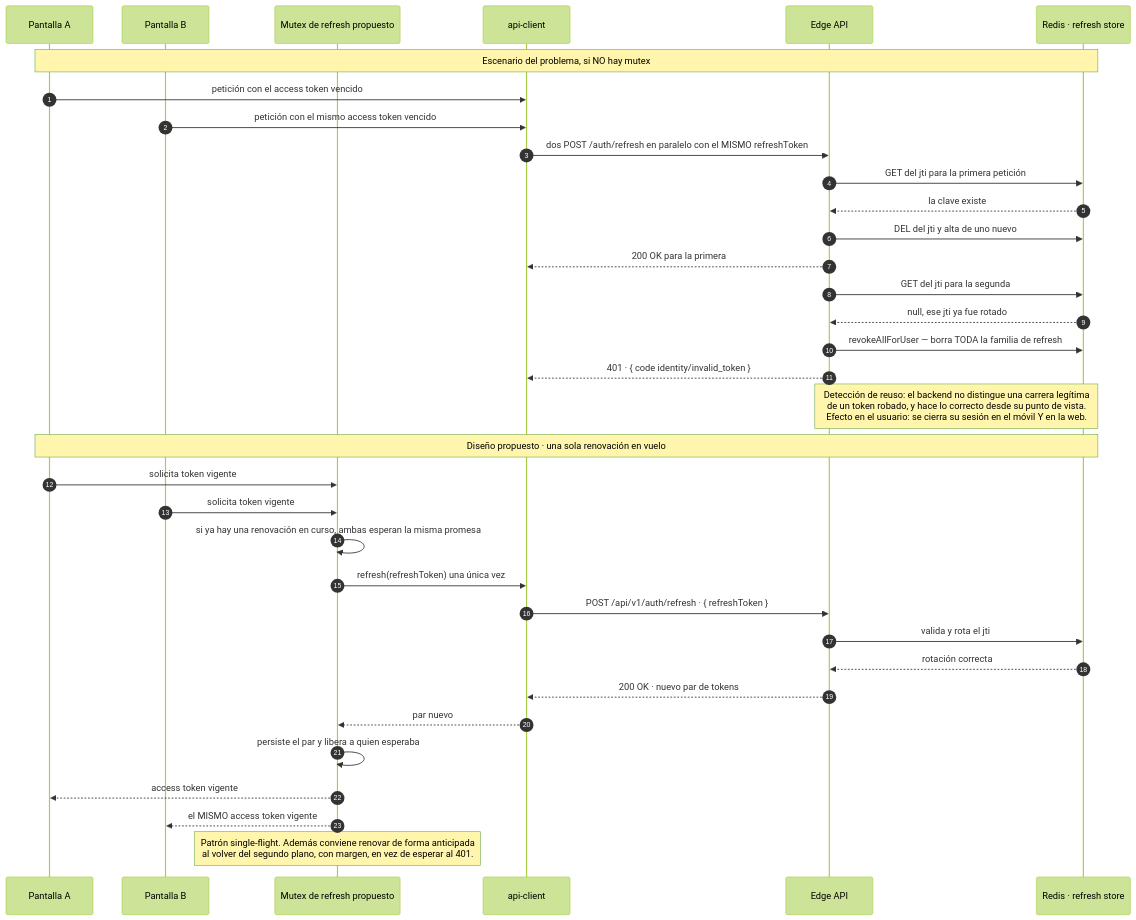
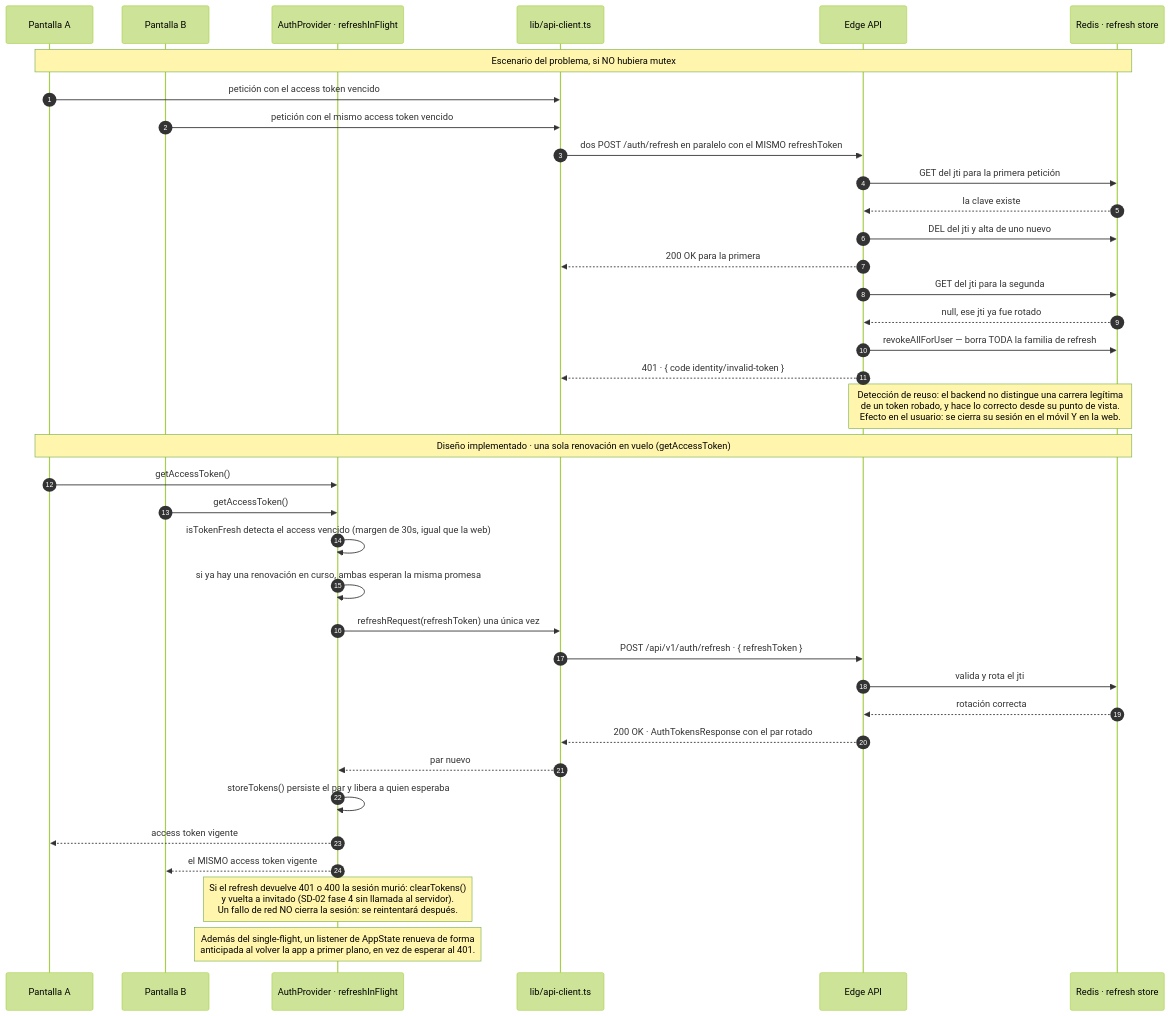
Before and after one commit to jwilsonar/urnight_mvp: the third of 7 diagrams in docs/diagramas-secuencia/90-canales-moviles.md, drawn with Mermaid (forest theme). The commit also changed other lines of this file and 1 other file, not shown here.

First line of the commit message:
docs(diagramas): SD-02 y SD-03 pasan a AS-IS en el canal móvil

````diff
--- a/docs/diagramas-secuencia/90-canales-moviles.md
+++ b/docs/diagramas-secuencia/90-canales-moviles.md
@@ -287,39 +297,41 @@
 ```mermaid
 sequenceDiagram
     autonumber
     participant P1 as Pantalla A
     participant P2 as Pantalla B
-    participant MTX as Mutex de refresh propuesto
-    participant API as api-client
+    participant MTX as AuthProvider · refreshInFlight
+    participant API as lib/api-client.ts
     participant EDGE as Edge API
     participant RS as Redis · refresh store
 
-    note over P1, RS: Escenario del problema, si NO hay mutex
+    note over P1, RS: Escenario del problema, si NO hubiera mutex
     P1->>API: petición con el access token vencido
     P2->>API: petición con el mismo access token vencido
     API->>EDGE: dos POST /auth/refresh en paralelo con el MISMO refreshToken
     EDGE->>RS: GET del jti para la primera petición
     RS-->>EDGE: la clave existe
     EDGE->>RS: DEL del jti y alta de uno nuevo
     EDGE-->>API: 200 OK para la primera
     EDGE->>RS: GET del jti para la segunda
     RS-->>EDGE: null, ese jti ya fue rotado
     EDGE->>RS: revokeAllForUser — borra TODA la familia de refresh
-    EDGE-->>API: 401 · { code identity/invalid_token }
+    EDGE-->>API: 401 · { code identity/invalid-token }
     note over EDGE, RS: Detección de reuso: el backend no distingue una carrera legítima<br/>de un token robado, y hace lo correcto desde su punto de vista.<br/>Efecto en el usuario: se cierra su sesión en el móvil Y en la web.
 
-    note over P1, RS: Diseño propuesto · una sola renovación en vuelo
-    P1->>MTX: solicita token vigente
-    P2->>MTX: solicita token vigente
+    note over P1, RS: Diseño implementado · una sola renovación en vuelo (getAccessToken)
+    P1->>MTX: getAccessToken()
+    P2->>MTX: getAccessToken()
+    MTX->>MTX: isTokenFresh detecta el access vencido (margen de 30s, igual que la web)
     MTX->>MTX: si ya hay una renovación en curso, ambas esperan la misma promesa
-    MTX->>API: refresh(refreshToken) una única vez
+    MTX->>API: refreshRequest(refreshToken) una única vez
     API->>EDGE: POST /api/v1/auth/refresh · { refreshToken }
     EDGE->>RS: valida y rota el jti
     RS-->>EDGE: rotación correcta
-    EDGE-->>API: 200 OK · nuevo par de tokens
+    EDGE-->>API: 200 OK · AuthTokensResponse con el par rotado
     API-->>MTX: par nuevo
-    MTX->>MTX: persiste el par y libera a quien esperaba
+    MTX->>MTX: storeTokens() persiste el par y libera a quien esperaba
     MTX-->>P1: access token vigente
     MTX-->>P2: el MISMO access token vigente
-    note over MTX: Patrón single-flight. Además conviene renovar de forma anticipada<br/>al volver del segundo plano, con margen, en vez de esperar al 401.
+    note over MTX: Si el refresh devuelve 401 o 400 la sesión murió: clearTokens()<br/>y vuelta a invitado (SD-02 fase 4 sin llamada al servidor).<br/>Un fallo de red NO cierra la sesión: se reintentará después.
+    note over MTX: Además del single-flight, un listener de AppState renueva de forma<br/>anticipada al volver la app a primer plano, en vez de esperar al 401.
 ```
````
